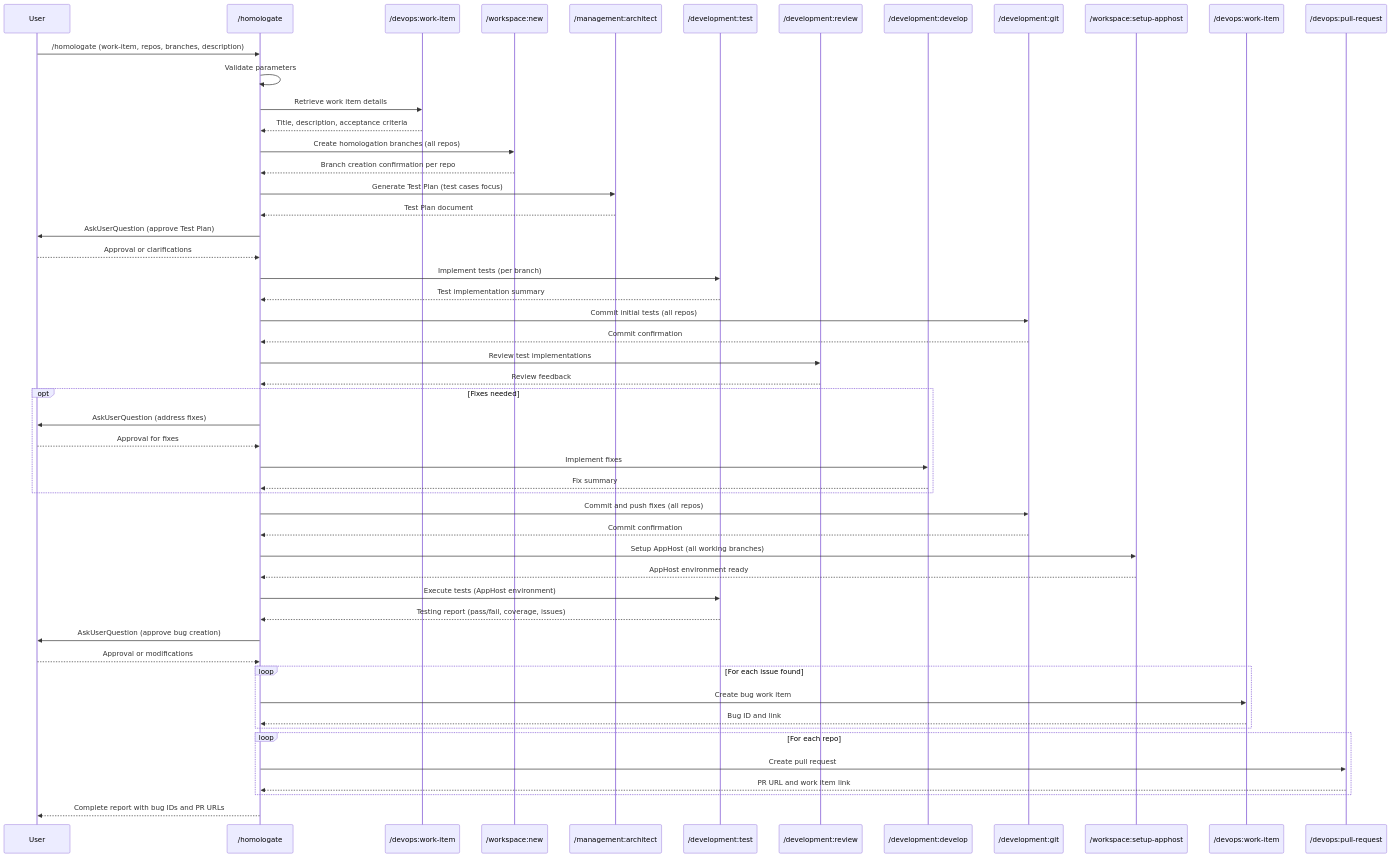
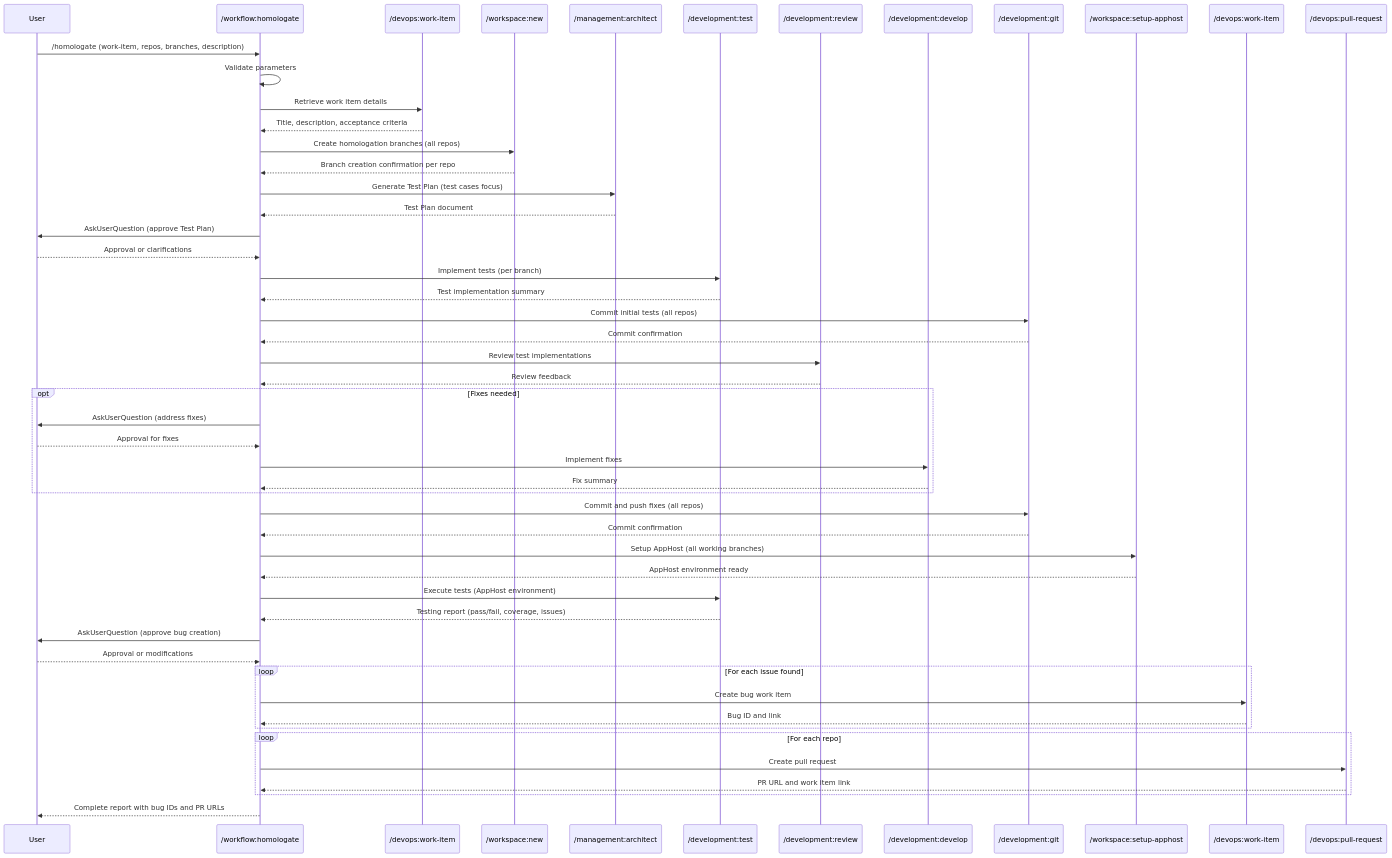
The diagram in .claude/commands/workflow/homologate.md (zzaia/zzaia-agentic-workspace), drawn with Mermaid before and after one commit. The commit also changed 9 other files, not shown here.

````diff
--- a/.claude/commands/workflow/homologate.md
+++ b/.claude/commands/workflow/homologate.md
@@ -116,70 +116,70 @@
 ```mermaid
 sequenceDiagram
     participant U as User
-    participant C as /homologate
+    participant C as /workflow:homologate
     participant WI as /devops:work-item
     participant WS as /workspace:new
     participant AR as /management:architect
     participant DT as /development:test
     participant DR as /development:review
     participant DD as /development:develop
     participant DG as /development:git
     participant SA as /workspace:setup-apphost
     participant BW as /devops:work-item
     participant PR as /devops:pull-request
 
     U->>C: /homologate (work-item, repos, branches, description)
     C->>C: Validate parameters
 
     C->>WI: Retrieve work item details
     WI-->>C: Title, description, acceptance criteria
 
     C->>WS: Create homologation branches (all repos)
     WS-->>C: Branch creation confirmation per repo
 
     C->>AR: Generate Test Plan (test cases focus)
     AR-->>C: Test Plan document
 
     C->>U: AskUserQuestion (approve Test Plan)
     U-->>C: Approval or clarifications
 
     C->>DT: Implement tests (per branch)
     DT-->>C: Test implementation summary
 
     C->>DG: Commit initial tests (all repos)
     DG-->>C: Commit confirmation
 
     C->>DR: Review test implementations
     DR-->>C: Review feedback
 
     opt Fixes needed
         C->>U: AskUserQuestion (address fixes)
         U-->>C: Approval for fixes
         C->>DD: Implement fixes
         DD-->>C: Fix summary
     end
 
     C->>DG: Commit and push fixes (all repos)
     DG-->>C: Commit confirmation
 
     C->>SA: Setup AppHost (all working branches)
     SA-->>C: AppHost environment ready
 
     C->>DT: Execute tests (AppHost environment)
     DT-->>C: Testing report (pass/fail, coverage, issues)
 
     C->>U: AskUserQuestion (approve bug creation)
     U-->>C: Approval or modifications
 
     loop For each issue found
         C->>BW: Create bug work item
         BW-->>C: Bug ID and link
     end
 
     loop For each repo
         C->>PR: Create pull request
         PR-->>C: PR URL and work item link
     end
 
     C-->>U: Complete report with bug IDs and PR URLs
 ```
````
